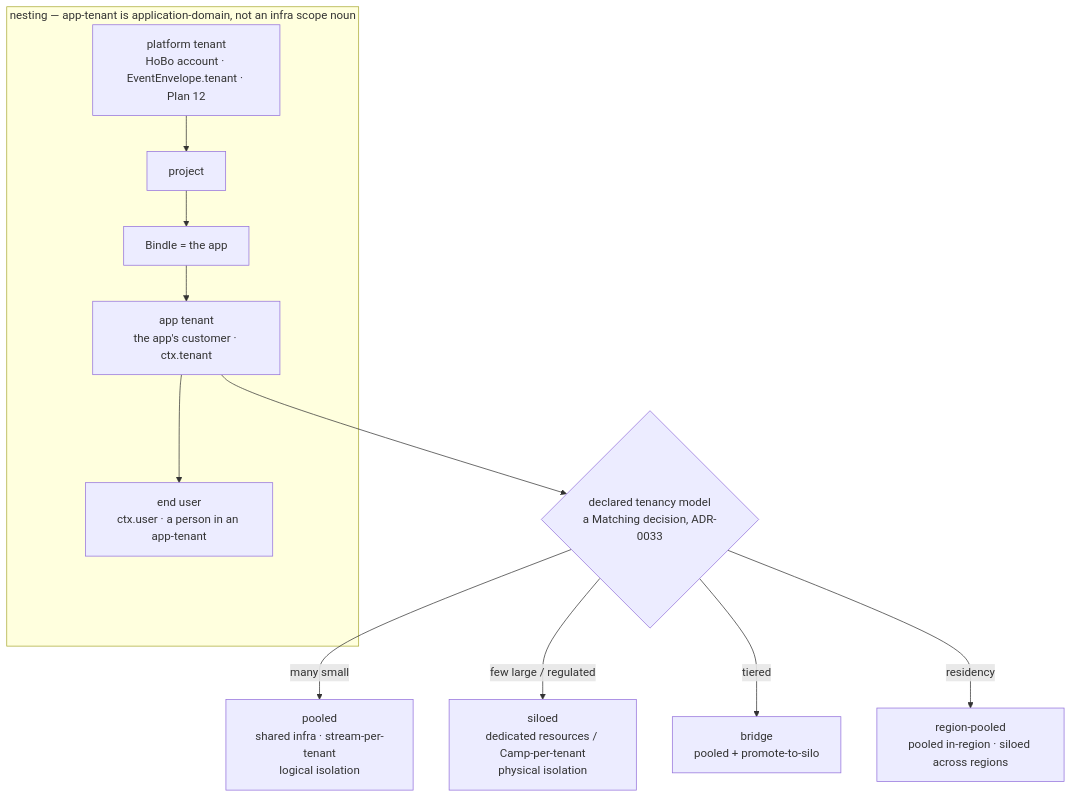
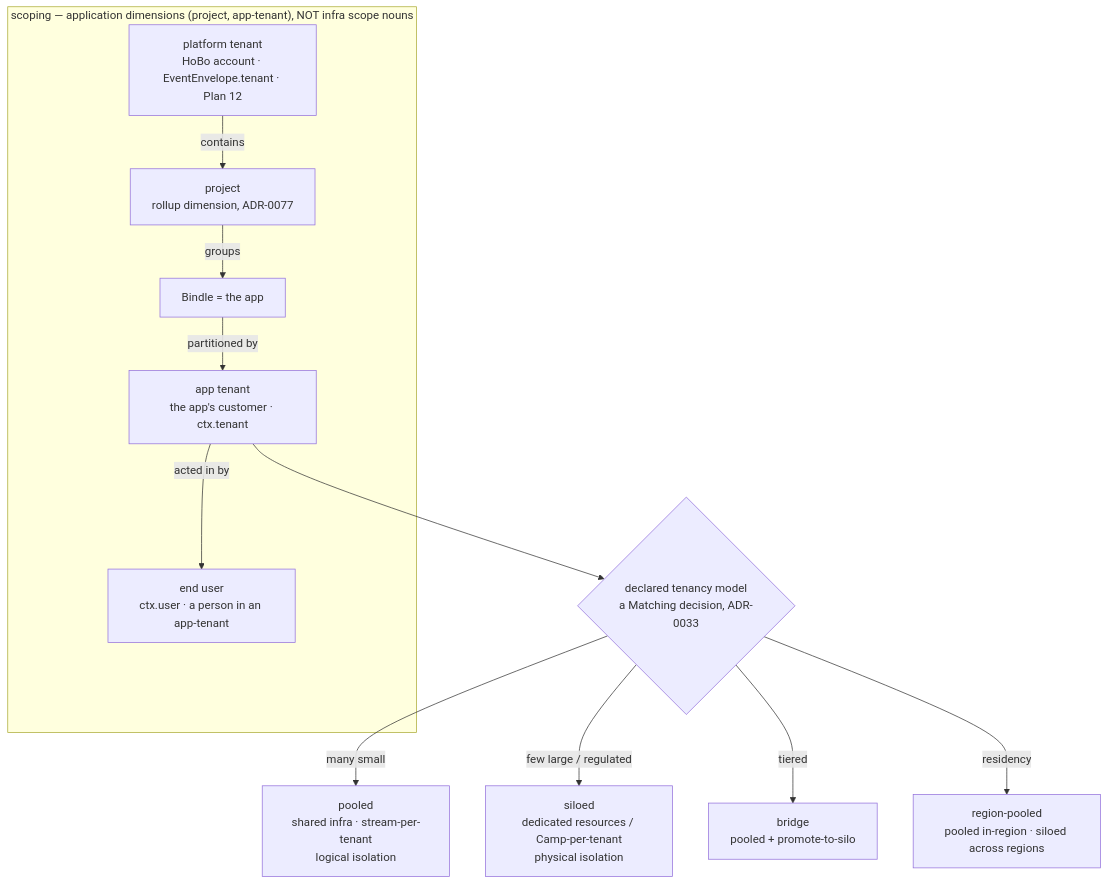
Before and after one commit to Tyler-R-Kendrick/HoBo: the first of 2 diagrams in docs/design/multi-tenant-apps.md, drawn with Mermaid. The commit also changed other lines of this file and 1 other file, not shown here.

First line of the commit message:
docs: harden app multi-tenancy after adversarial review (Plan 50 + ADR-0079/0080)

````diff
--- a/docs/design/multi-tenant-apps.md
+++ b/docs/design/multi-tenant-apps.md
@@ -19,14 +19,14 @@
 ```mermaid
 flowchart TB
-  subgraph NEST["nesting — app-tenant is application-domain, not an infra scope noun"]
-    PT["platform tenant<br/>HoBo account · EventEnvelope.tenant · Plan 12"] --> PROJ["project"]
-    PROJ --> APP["Bindle = the app"]
-    APP --> AT["app tenant<br/>the app's customer · ctx.tenant"]
-    AT --> EU["end user<br/>ctx.user · a person in an app-tenant"]
+  subgraph NEST["scoping — application dimensions (project, app-tenant), NOT infra scope nouns"]
+    PT["platform tenant<br/>HoBo account · EventEnvelope.tenant · Plan 12"] -->|contains| PROJ["project<br/>rollup dimension, ADR-0077"]
+    PROJ -->|groups| APP["Bindle = the app"]
+    APP -->|partitioned by| AT["app tenant<br/>the app's customer · ctx.tenant"]
+    AT -->|acted in by| EU["end user<br/>ctx.user · a person in an app-tenant"]
   end
   AT --> MODEL{"declared tenancy model<br/>a Matching decision, ADR-0033"}
   MODEL -->|many small| POOL["pooled<br/>shared infra · stream-per-tenant<br/>logical isolation"]
   MODEL -->|few large / regulated| SILO["siloed<br/>dedicated resources / Camp-per-tenant<br/>physical isolation"]
   MODEL -->|tiered| BRIDGE["bridge<br/>pooled + promote-to-silo"]
   MODEL -->|residency| REGION["region-pooled<br/>pooled in-region · siloed across regions"]
 ```
````
